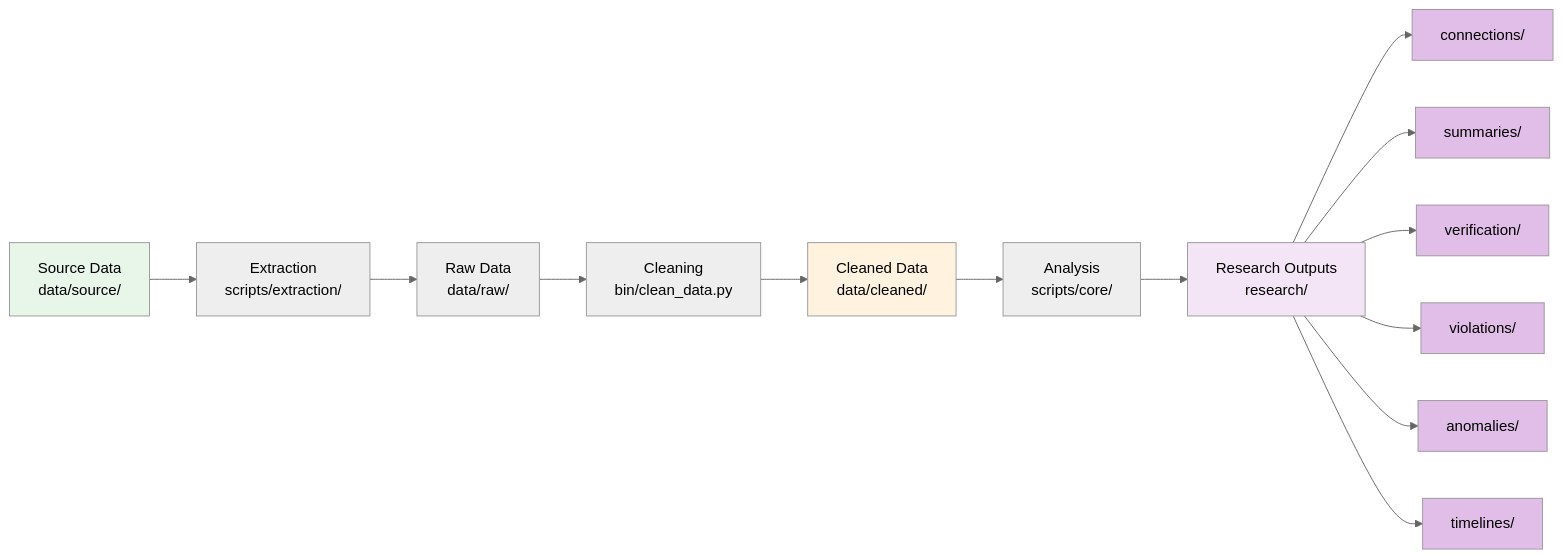
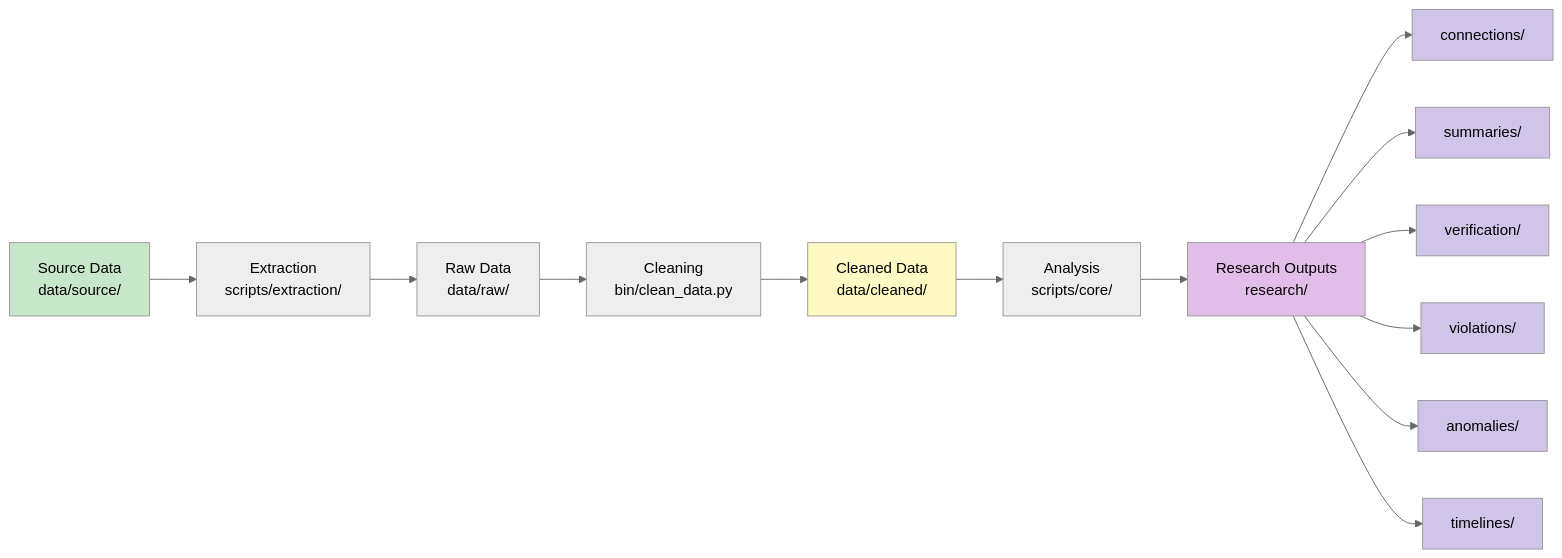
Before and after one commit to 1digitaldesign/kettler-data-analysis: the diagram in docs/DATA_FLOW.md, drawn with Mermaid (neutral theme). The commit also changed 16 other files, not shown here.

First line of the commit message:
Refactor all diagrams with pastel color scheme and add new diagrams

````diff
--- a/docs/DATA_FLOW.md
+++ b/docs/DATA_FLOW.md
@@ -5,26 +5,26 @@
 ```mermaid
 flowchart LR
     A[Source Data<br/>data/source/] --> B[Extraction<br/>scripts/extraction/]
     B --> C[Raw Data<br/>data/raw/]
     C --> D[Cleaning<br/>bin/clean_data.py]
     D --> E[Cleaned Data<br/>data/cleaned/]
     E --> F[Analysis<br/>scripts/core/]
     F --> G[Research Outputs<br/>research/]
 
     G --> H[connections/]
     G --> I[summaries/]
     G --> J[verification/]
     G --> K[violations/]
     G --> L[anomalies/]
     G --> M[timelines/]
 
-    style A fill:#e8f5e9
-    style E fill:#fff3e0
-    style G fill:#f3e5f5
-    style H fill:#e1bee7
-    style I fill:#e1bee7
-    style J fill:#e1bee7
-    style K fill:#e1bee7
-    style L fill:#e1bee7
-    style M fill:#e1bee7
+    style A fill:#C8E6C9
+    style E fill:#FFF9C4
+    style G fill:#E1BEE7
+    style H fill:#D1C4E9
+    style I fill:#D1C4E9
+    style J fill:#D1C4E9
+    style K fill:#D1C4E9
+    style L fill:#D1C4E9
+    style M fill:#D1C4E9
 ```
````
